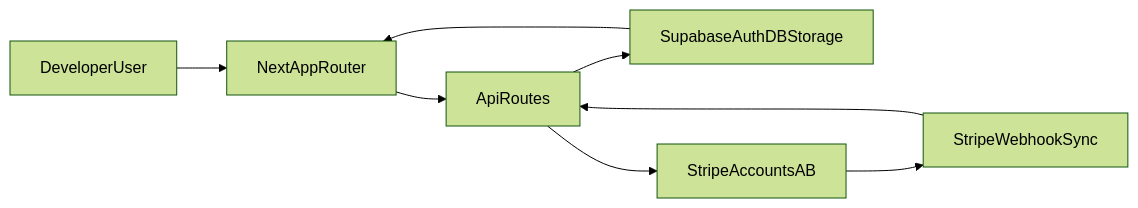
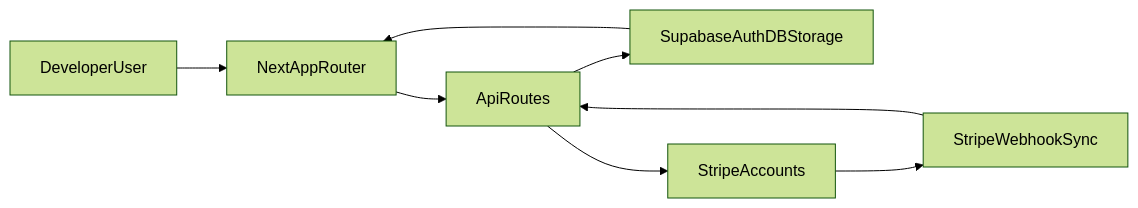
The diagram in README.md (JORDANROBERTO74/sales-dashboard), drawn with Mermaid (forest theme) before and after one commit. The commit also changed other lines of this file and 53 other files, not shown here.

````diff
--- a/README.md
+++ b/README.md
@@ -36,10 +39,10 @@
 ```mermaid
 flowchart LR
   user["DeveloperUser"] --> app["NextAppRouter"]
   app --> api["ApiRoutes"]
   api --> supabase["SupabaseAuthDBStorage"]
-  api --> stripe["StripeAccountsAB"]
+  api --> stripe["StripeAccounts"]
   stripe --> webhook["StripeWebhookSync"]
   webhook --> api
   supabase --> app
 ```
````
